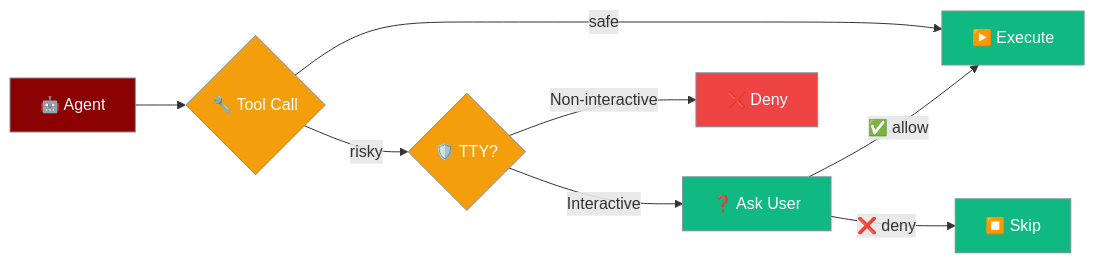
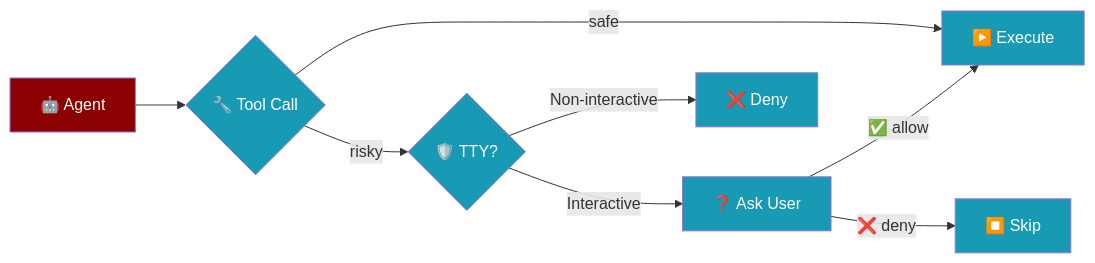
Before and after one commit to MervinPraison/PraisonAIDocs: the first of 5 diagrams in docs/features/approval.mdx, drawn with Mermaid. The commit also changed 24 other files, not shown here.

````diff
--- a/docs/features/approval.mdx
+++ b/docs/features/approval.mdx
@@ -30,20 +30,16 @@
 ```mermaid
 graph LR
     Agent[🤖 Agent] --> Tool{🔧 Tool Call}
     Tool -->|risky| Gate{🛡️ TTY?}
     Gate -->|Interactive| Ask[❓ Ask User]
     Gate -->|Non-interactive| Deny[❌ Deny]
     Ask -->|✅ allow| Run[▶️ Execute]
     Ask -->|❌ deny| Skip[⏹️ Skip]
     Tool -->|safe| Run
 
-    classDef agent fill:#8B0000,stroke:#7C90A0,color:#fff
-    classDef gate fill:#F59E0B,stroke:#7C90A0,color:#fff
-    classDef ok fill:#10B981,stroke:#7C90A0,color:#fff
-    classDef bad fill:#EF4444,stroke:#7C90A0,color:#fff
+    classDef agent fill:#8B0000,color:#fff
+    classDef tool fill:#189AB4,color:#fff
 
     class Agent agent
-    class Tool,Gate gate
-    class Run,Skip,Ask ok
-    class Deny bad
+    class Tool,Gate,Ask,Run,Skip,Deny tool
 ```
````
